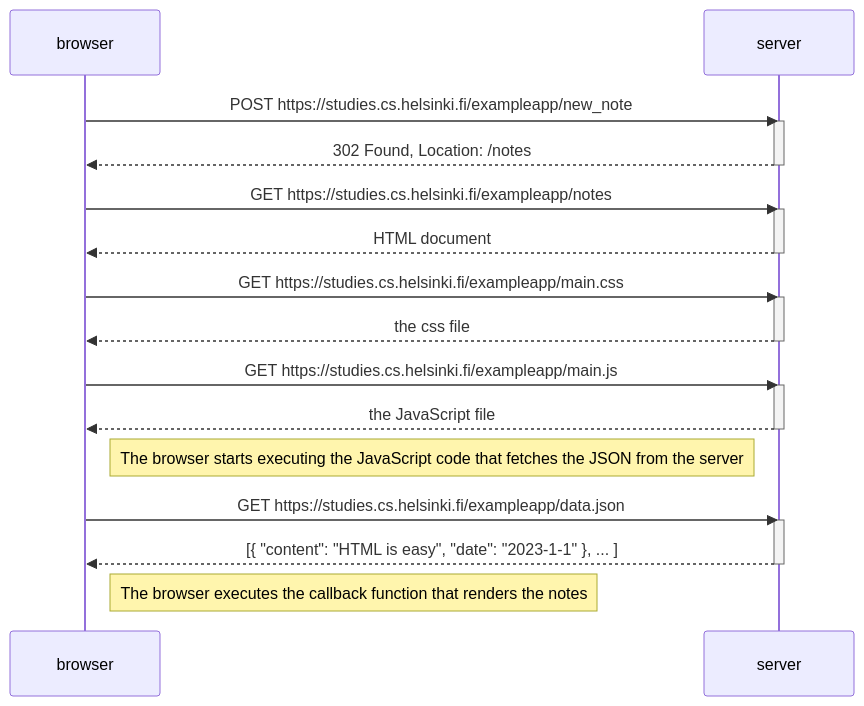
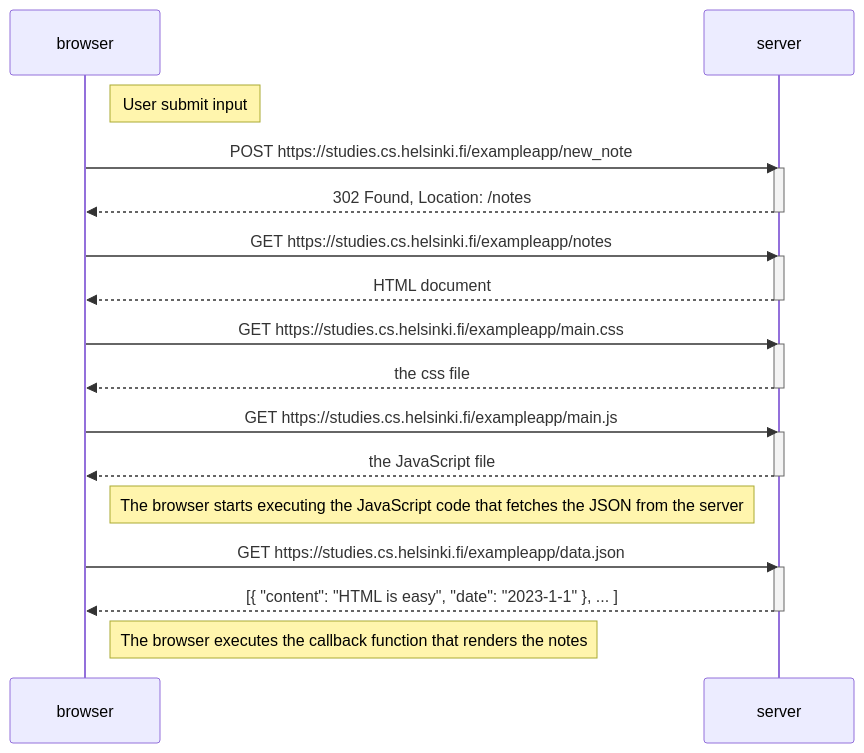
One commit to YC-TAN/full-stack-open changed the diagram in part0/exercise4.md. Above: the diagram before and after it, drawn with Mermaid. The commit also changed 1 other file, not shown here.

Commit message:
WIP - Add note: User input

````diff
--- a/part0/exercise4.md
+++ b/part0/exercise4.md
@@ -4,34 +4,36 @@
 ```mermaid
 sequenceDiagram
     participant browser
     participant server
+
+    Note right of browser: User submit input
 
     browser->>server: POST https://studies.cs.helsinki.fi/exampleapp/new_note
     activate server
     server-->>browser: 302 Found, Location: /notes
     deactivate server
 
     browser->>server: GET https://studies.cs.helsinki.fi/exampleapp/notes
     activate server
     server-->>browser: HTML document
     deactivate server
 
     browser->>server: GET https://studies.cs.helsinki.fi/exampleapp/main.css
     activate server
     server-->>browser: the css file
     deactivate server
 
     browser->>server: GET https://studies.cs.helsinki.fi/exampleapp/main.js
     activate server
     server-->>browser: the JavaScript file
     deactivate server
 
     Note right of browser: The browser starts executing the JavaScript code that fetches the JSON from the server
 
     browser->>server: GET https://studies.cs.helsinki.fi/exampleapp/data.json
     activate server
     server-->>browser: [{ "content": "HTML is easy", "date": "2023-1-1" }, ... ]
     deactivate server
 
     Note right of browser: The browser executes the callback function that renders the notes
 ```
````
